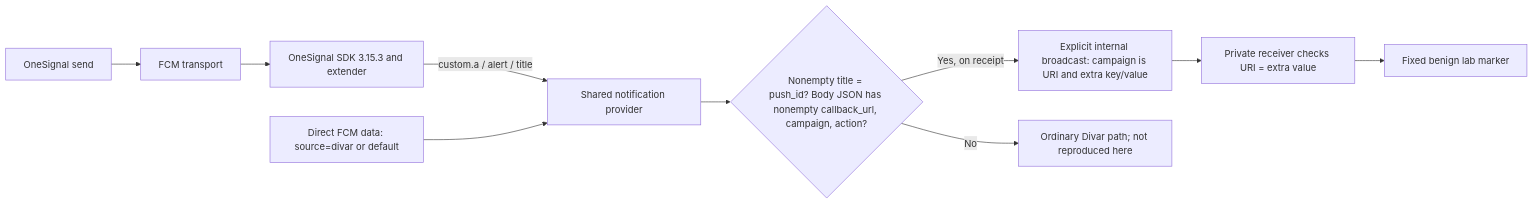
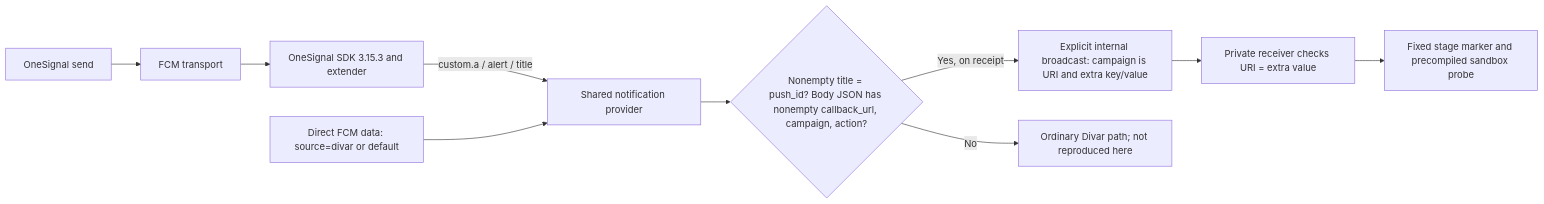
Before and after one commit to Hamid-K/divar-push-lab: the diagram in README.md, drawn with Mermaid. The commit also changed other lines of this file and 14 other files, not shown here.

````diff
--- a/README.md
+++ b/README.md
@@ -13,12 +23,12 @@
 ```mermaid
 flowchart LR
     O[OneSignal send] --> C[FCM transport]
     C --> S[OneSignal SDK 3.15.3 and extender]
     S -->|custom.a / alert / title| P[Shared notification provider]
     F[Direct FCM data: source=divar or default] --> P
     P --> G{Nonempty title = push_id? Body JSON has nonempty callback_url, campaign, action?}
     G -->|Yes, on receipt| B[Explicit internal broadcast: campaign is URI and extra key/value]
     B --> R[Private receiver checks URI = extra value]
-    R --> L[Fixed benign lab marker]
+    R --> L[Fixed stage marker and precompiled sandbox probe]
     G -->|No| N[Ordinary Divar path; not reproduced here]
 ```
````
